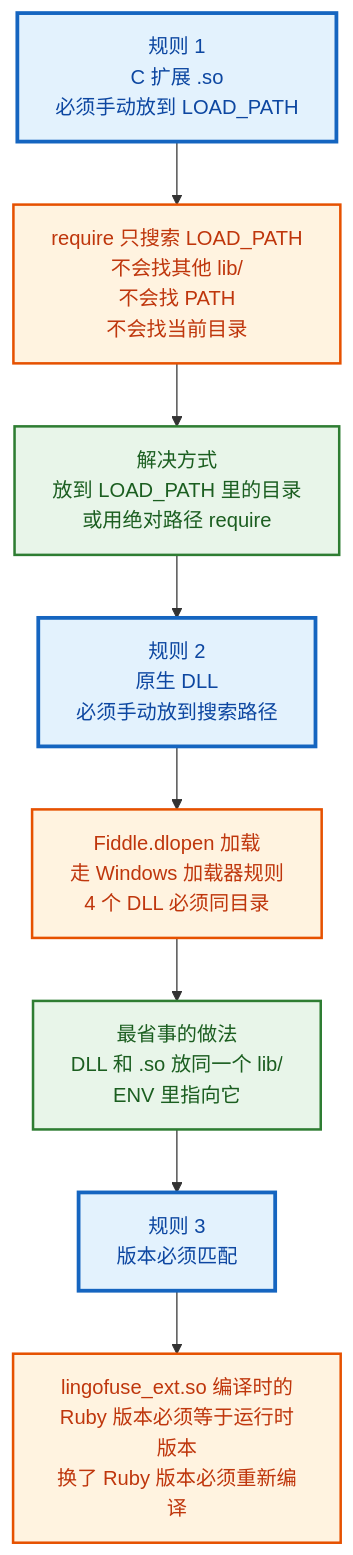
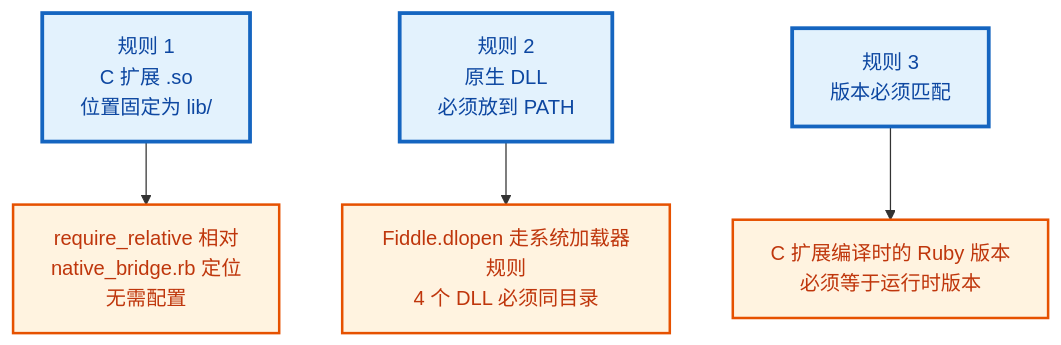
One commit to PassByYou888/LingoFuse changed diagram 12 of 21 in ruby/README.md. Above: the diagram before and after it, drawn with Mermaid. The commit also changed other lines of this file and 8 other files, not shown here.

First line of the commit message:
Clarify Ruby native loading and docs

````diff
--- a/ruby/README.md
+++ b/ruby/README.md
@@ -985,21 +719,16 @@
 ```mermaid
 flowchart TD
-    R1["规则 1<br/>C 扩展 .so<br/>必须手动放到 LOAD_PATH"]
-    R1 --> R1D["require 只搜索 LOAD_PATH<br/>不会找其他 lib/<br/>不会找 PATH<br/>不会找当前目录"]
-    R1D --> R1F["解决方式<br/>放到 LOAD_PATH 里的目录<br/>或用绝对路径 require"]
+    R1["规则 1<br/>C 扩展 .so<br/>位置固定为 lib/"]
+    R1 --> R1D["require_relative 相对<br/>native_bridge.rb 定位<br/>无需配置"]
 
-    R1F --> R2["规则 2<br/>原生 DLL<br/>必须手动放到搜索路径"]
-    R2 --> R2D["Fiddle.dlopen 加载<br/>走 Windows 加载器规则<br/>4 个 DLL 必须同目录"]
-    R2D --> R2F["最省事的做法<br/>DLL 和 .so 放同一个 lib/<br/>ENV 里指向它"]
+    R2["规则 2<br/>原生 DLL<br/>必须放到 PATH"]
+    R2 --> R2D["Fiddle.dlopen 走系统加载器规则<br/>4 个 DLL 必须同目录"]
 
-    R2F --> R3["规则 3<br/>版本必须匹配"]
-    R3 --> R3D["lingofuse_ext.so 编译时的<br/>Ruby 版本必须等于运行时版本<br/>换了 Ruby 版本必须重新编译"]
+    R3["规则 3<br/>版本必须匹配"]
+    R3 --> R3D["C 扩展编译时的 Ruby 版本<br/>必须等于运行时版本"]
 
     classDef rule fill:#E3F2FD,stroke:#1565C0,stroke-width:3px,color:#0D47A1
     classDef detail fill:#FFF3E0,stroke:#E65100,stroke-width:2px,color:#BF360C
-    classDef fix fill:#E8F5E9,stroke:#2E7D32,stroke-width:2px,color:#1B5E20
-
     class R1,R2,R3 rule
     class R1D,R2D,R3D detail
-    class R1F,R2F fix
 ```
````
